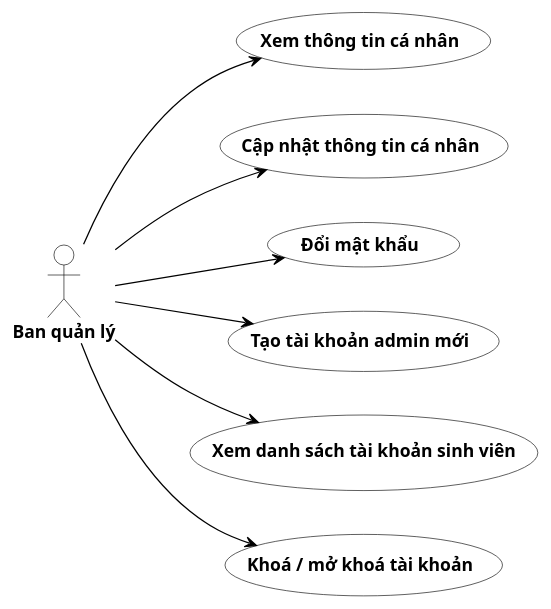
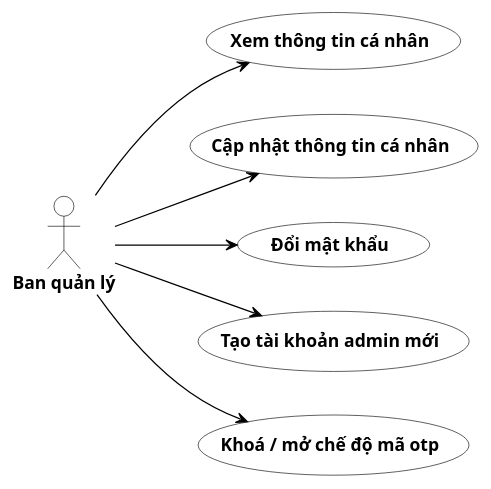
Before and after one commit to s0nbuildtech287/dormitory-frontend: the diagram in diagrams/usecase_phanra/uc_taikhoan_admin.puml, drawn with PlantUML. The commit also changed 1 other file, not shown here.

```diff
--- a/diagrams/usecase_phanra/uc_taikhoan_admin.puml
+++ b/diagrams/usecase_phanra/uc_taikhoan_admin.puml
@@ -1,28 +1,26 @@
 @startuml "UC Phân rã - Quản lý tài khoản (Admin)"
 left to right direction
 skinparam usecase {
   BackgroundColor White
   BorderColor Black
   ArrowColor Black
 }
 skinparam actor {
   BackgroundColor White
   BorderColor Black
 }
 
 actor "<b>Ban quản lý</b>" as Admin
 
 usecase "<b>Xem thông tin cá nhân</b>" as UC1
 usecase "<b>Cập nhật thông tin cá nhân</b>" as UC2
 usecase "<b>Đổi mật khẩu</b>" as UC3
 usecase "<b>Tạo tài khoản admin mới</b>" as UC4
-usecase "<b>Xem danh sách tài khoản sinh viên</b>" as UC5
-usecase "<b>Khoá / mở khoá tài khoản</b>" as UC6
+usecase "<b>Khoá / mở chế độ mã otp</b>" as UC6
 
 Admin --> UC1
 Admin --> UC2
 Admin --> UC3
 Admin --> UC4
-Admin --> UC5
 Admin --> UC6
 @enduml
```
